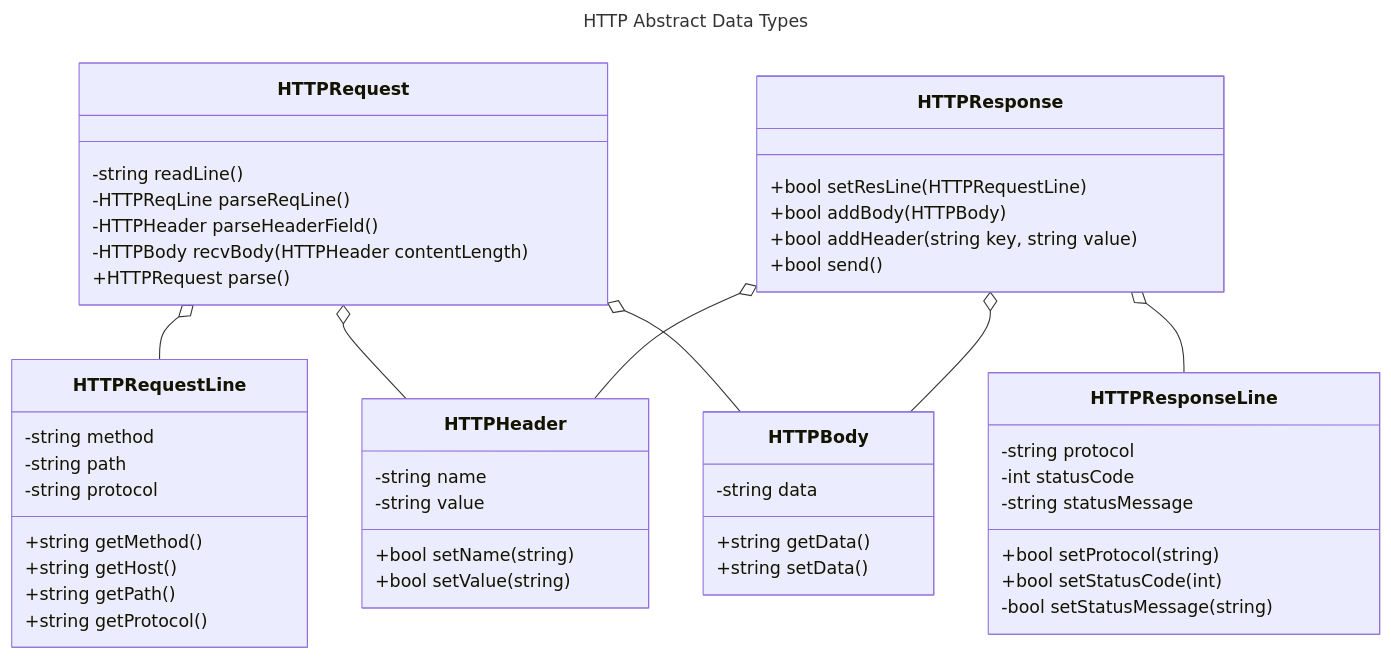
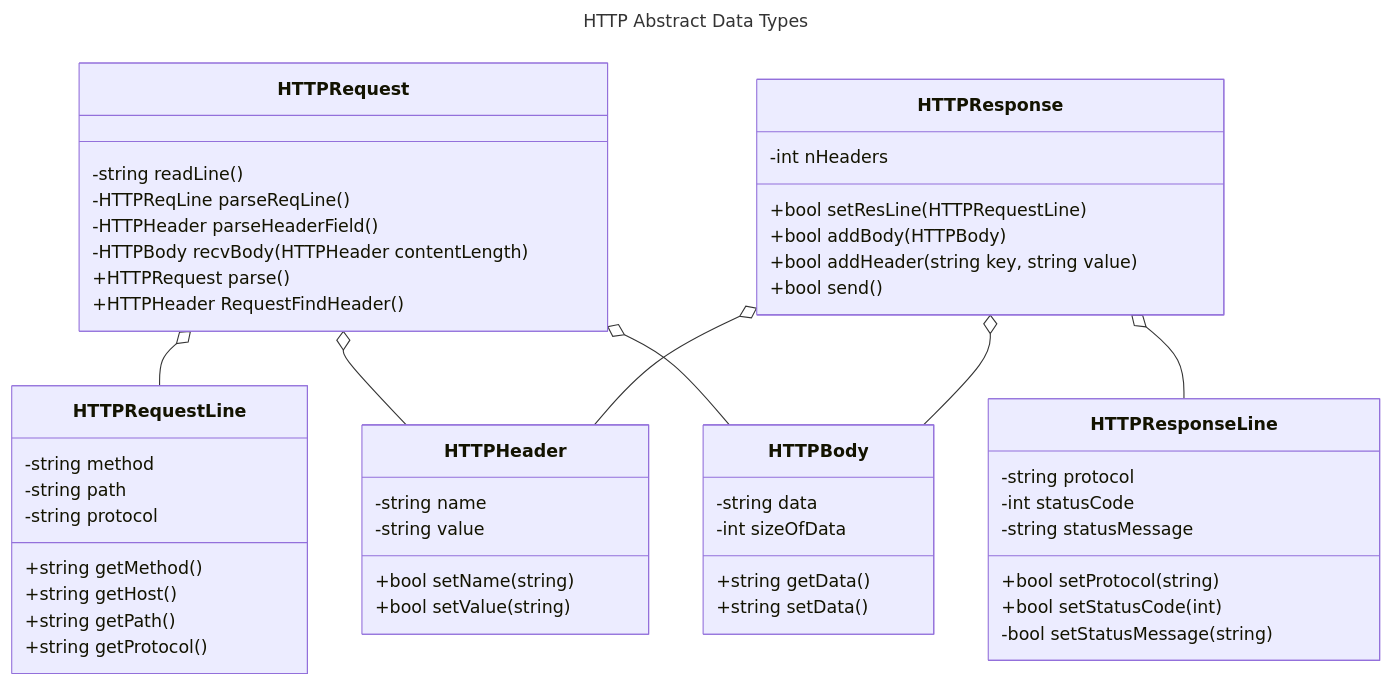
One commit to GabrieleDonato799/DoS changed the seventh of 15 diagrams in README.md. Above: the diagram before and after it, drawn with Mermaid. The commit also changed other lines of this file and 27 other files, not shown here.

````diff
--- a/README.md
+++ b/README.md
@@ -311,62 +330,65 @@
 ```mermaid
 ---
 title: HTTP Abstract Data Types
 ---
 classDiagram
     HTTPRequest o-- HTTPRequestLine
     HTTPRequest o-- HTTPHeader
     HTTPRequest o-- HTTPBody
     HTTPResponse o-- HTTPResponseLine
     HTTPResponse o-- HTTPHeader
     HTTPResponse o-- HTTPBody
     
     class HTTPRequest{
 	    -string readLine()
 	    -HTTPReqLine parseReqLine()
 	    -HTTPHeader parseHeaderField()
 	    -HTTPBody recvBody(HTTPHeader contentLength)
 	    +HTTPRequest parse()
+	    +HTTPHeader RequestFindHeader()
     }
     
     class HTTPResponse{
+	    -int nHeaders
 	    +bool setResLine(HTTPRequestLine)
 	    +bool addBody(HTTPBody)
 	    +bool addHeader(string key, string value)
 	    +bool send()
     }
     
     class HTTPRequestLine{
         -string method
         -string path
         -string protocol
   
         +string getMethod()
         +string getHost()
         +string getPath()
         +string getProtocol()
     }
     class HTTPResponseLine{
         -string protocol
         -int statusCode
         -string statusMessage
   
         +bool setProtocol(string)
         +bool setStatusCode(int)
         -bool setStatusMessage(string)
     }
   
     class HTTPHeader{
         -string name
         -string value
  
         +bool setName(string)
         +bool setValue(string)
     }
   
     class HTTPBody{
         -string data
+        -int sizeOfData
   
         +string getData()
         +string setData()
     }
 ```
````
